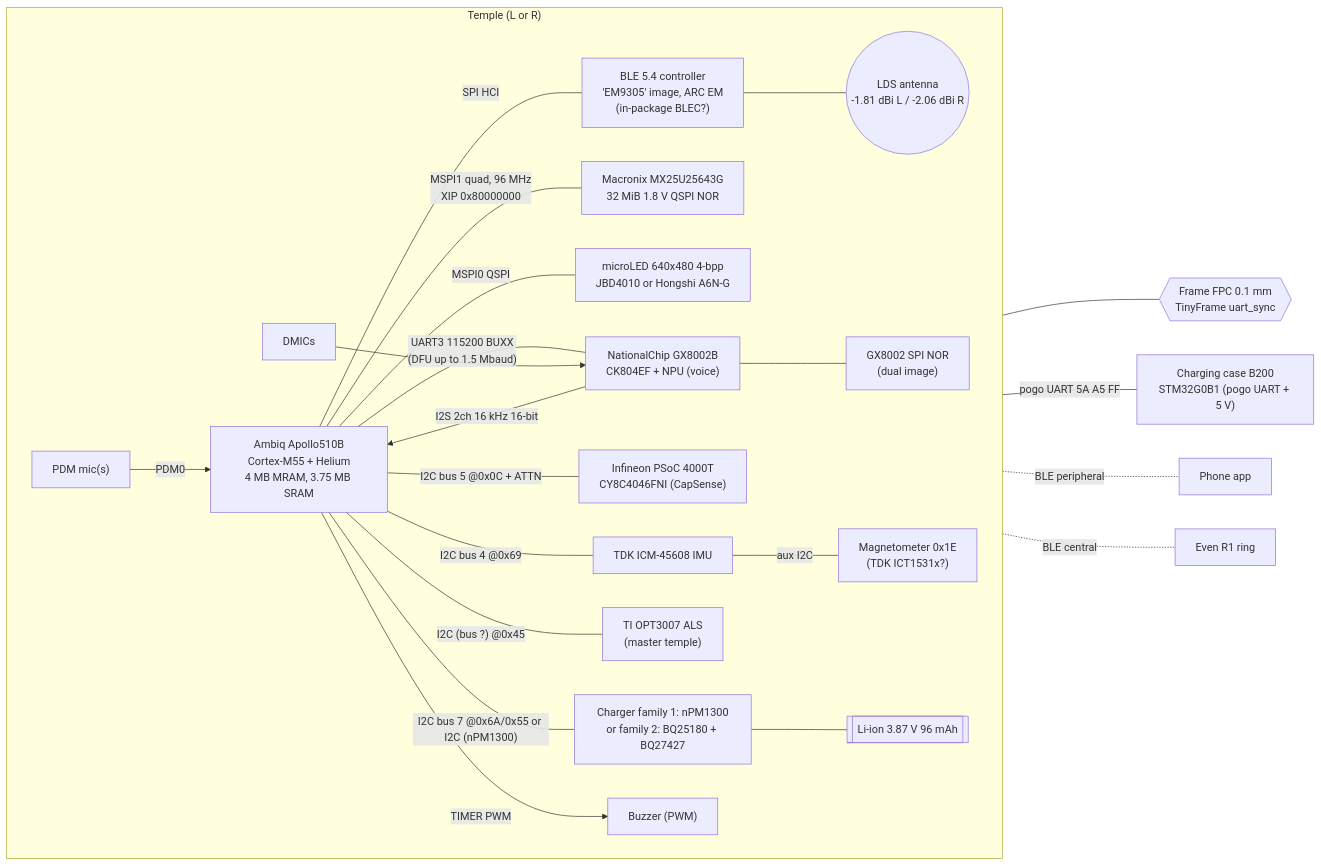
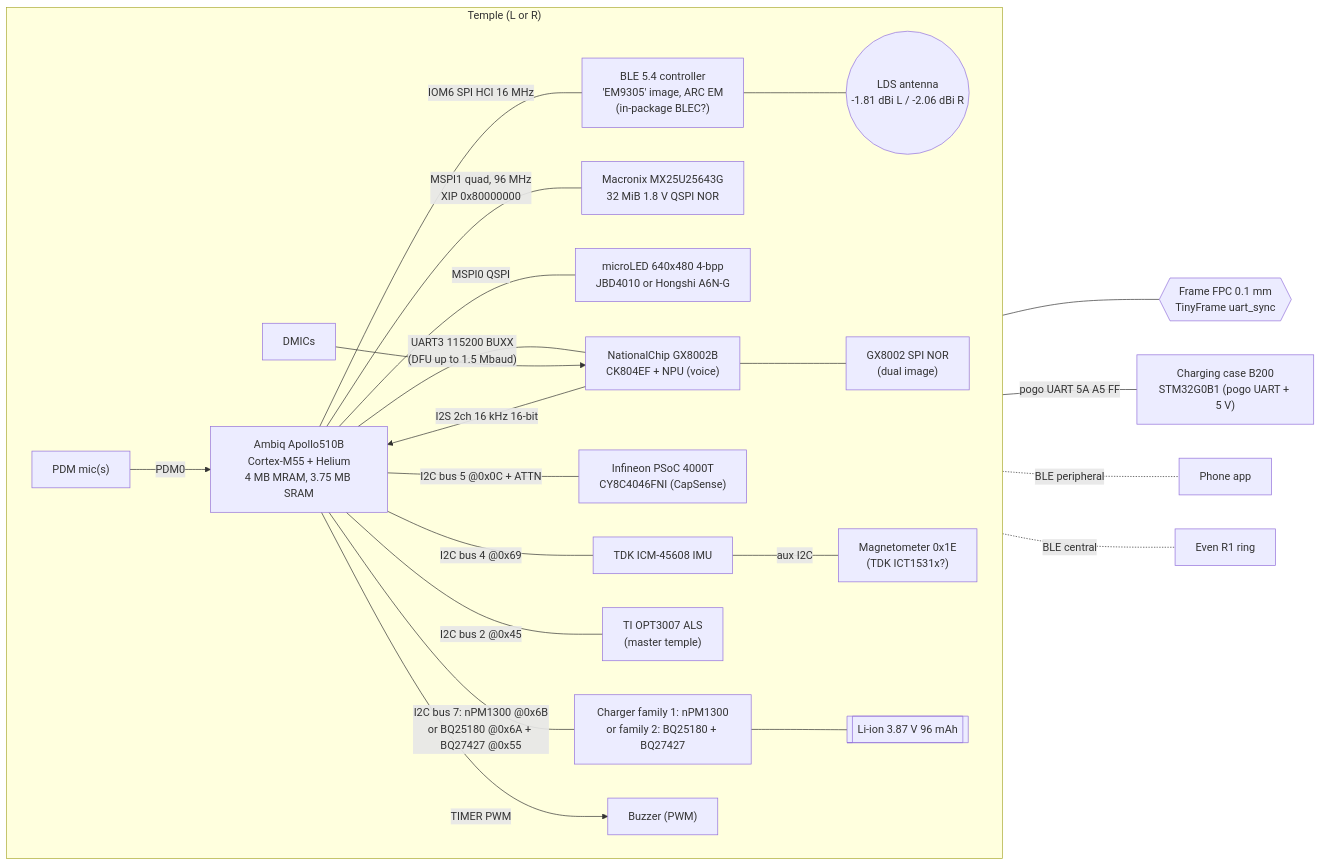
One commit to kalanihelekunihi/evenRealities-openCFW changed the first of 2 diagrams in docs/hardware/g2-glasses.md. Above: the diagram before and after it, drawn with Mermaid. The commit also changed other lines of this file and 2723 other files, not shown here.

````diff
--- a/docs/hardware/g2-glasses.md
+++ b/docs/hardware/g2-glasses.md
@@ -39,46 +39,46 @@
 ```mermaid
 flowchart LR
   subgraph T["Temple (L or R)"]
     direction LR
     AP["Ambiq Apollo510B<br/>Cortex-M55 + Helium<br/>4 MB MRAM, 3.75 MB SRAM"]
     BLEC["BLE 5.4 controller<br/>'EM9305' image, ARC EM<br/>(in-package BLEC?)"]
     ANT(("LDS antenna<br/>-1.81 dBi L / -2.06 dBi R"))
     NOR["Macronix MX25U25643G<br/>32 MiB 1.8 V QSPI NOR"]
     PANEL["microLED 640x480 4-bpp<br/>JBD4010 or Hongshi A6N-G"]
     GX["NationalChip GX8002B<br/>CK804EF + NPU (voice)"]
     GXNOR["GX8002 SPI NOR<br/>(dual image)"]
     DMIC["DMICs"]
     PDM["PDM mic(s)"]
     TOUCH["Infineon PSoC 4000T<br/>CY8C4046FNI (CapSense)"]
     IMU["TDK ICM-45608 IMU"]
     MAG["Magnetometer 0x1E<br/>(TDK ICT1531x?)"]
     ALS["TI OPT3007 ALS<br/>(master temple)"]
     PMIC["Charger family 1: nPM1300<br/>or family 2: BQ25180 + BQ27427"]
     BAT[["Li-ion 3.87 V 96 mAh"]]
     BUZ["Buzzer (PWM)"]
-    AP -- "SPI HCI" --- BLEC
+    AP -- "IOM6 SPI HCI 16 MHz" --- BLEC
     BLEC --- ANT
     AP -- "MSPI1 quad, 96 MHz<br/>XIP 0x80000000" --- NOR
     AP -- "MSPI0 QSPI" --- PANEL
     AP -- "UART3 115200 BUXX<br/>(DFU up to 1.5 Mbaud)" --- GX
     GX -- "I2S 2ch 16 kHz 16-bit" --> AP
     GX --- GXNOR
     DMIC --> GX
     PDM -- "PDM0" --> AP
     AP -- "I2C bus 5 @0x0C + ATTN" --- TOUCH
     AP -- "I2C bus 4 @0x69" --- IMU
     IMU -- "aux I2C" --- MAG
-    AP -- "I2C (bus ?) @0x45" --- ALS
-    AP -- "I2C bus 7 @0x6A/0x55 or I2C (nPM1300)" --- PMIC
+    AP -- "I2C bus 2 @0x45" --- ALS
+    AP -- "I2C bus 7: nPM1300 @0x6B<br/>or BQ25180 @0x6A + BQ27427 @0x55" --- PMIC
     PMIC --- BAT
     AP -- "TIMER PWM" --> BUZ
   end
   FPC{{"Frame FPC 0.1 mm<br/>TinyFrame uart_sync"}}
   CASE["Charging case B200<br/>STM32G0B1 (pogo UART + 5 V)"]
   PHONE["Phone app"]
   RING["Even R1 ring"]
   AP --- FPC
   AP -- "pogo UART 5A A5 FF" --- CASE
   BLEC -. "BLE peripheral" .- PHONE
   BLEC -. "BLE central" .- RING
 ```
````
